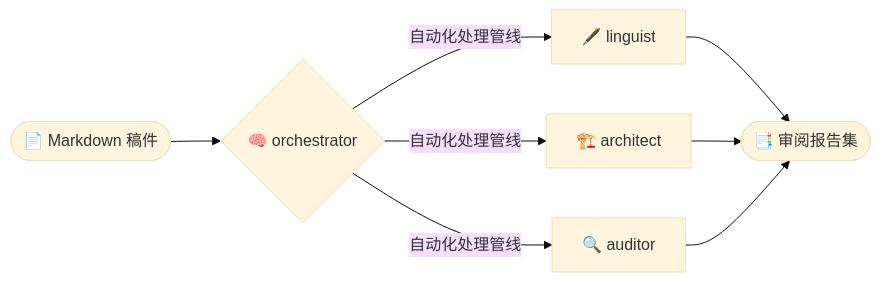
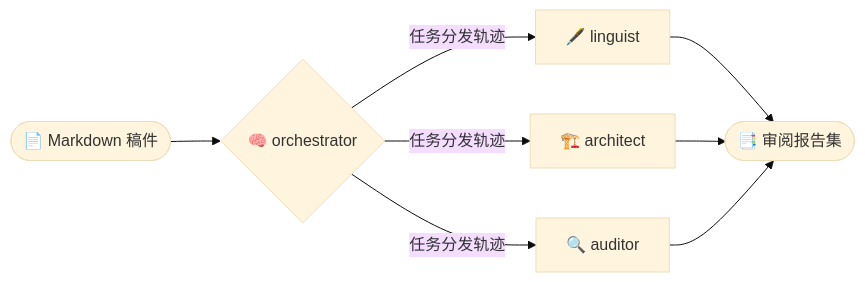
Before and after one commit to Jidi1997/academic-auto-reviewer: the diagram in README_zh.md, drawn with Mermaid (base theme). The commit also changed other lines of this file and 1 other file, not shown here.

Commit message:
Docs: Update Mermaid labels and add competitive analysis section

````diff
--- a/README_zh.md
+++ b/README_zh.md
@@ -43,8 +43,8 @@
 ```mermaid
 graph LR
     Input(["📄 Markdown 稿件"]) --> orchestrator{"🧠 orchestrator"}
-    orchestrator -->|"自动化处理管线"| linguist["🖋️ linguist"]
-    orchestrator -->|"自动化处理管线"| architect["🏗️ architect"]
-    orchestrator -->|"自动化处理管线"| auditor["🔍 auditor"]
+    orchestrator -->|"任务分发轨迹"| linguist["🖋️ linguist"]
+    orchestrator -->|"任务分发轨迹"| architect["🏗️ architect"]
+    orchestrator -->|"任务分发轨迹"| auditor["🔍 auditor"]
     linguist & architect & auditor --> Output(["📑 审阅报告集"])
 ```
````
